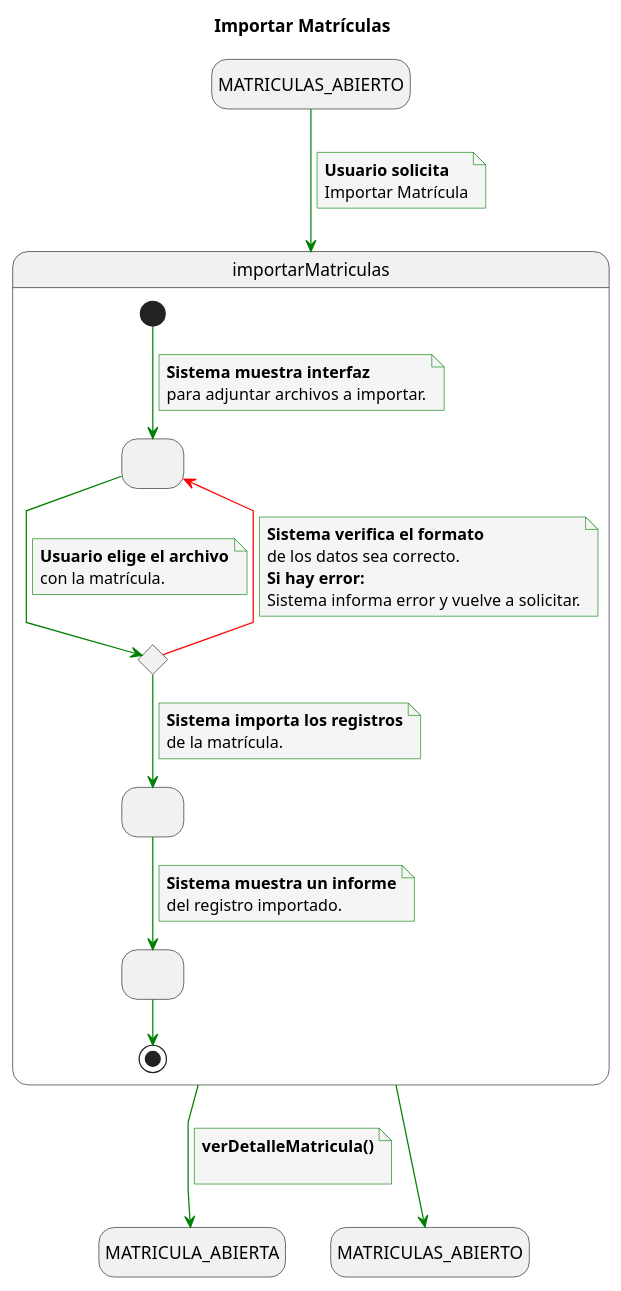
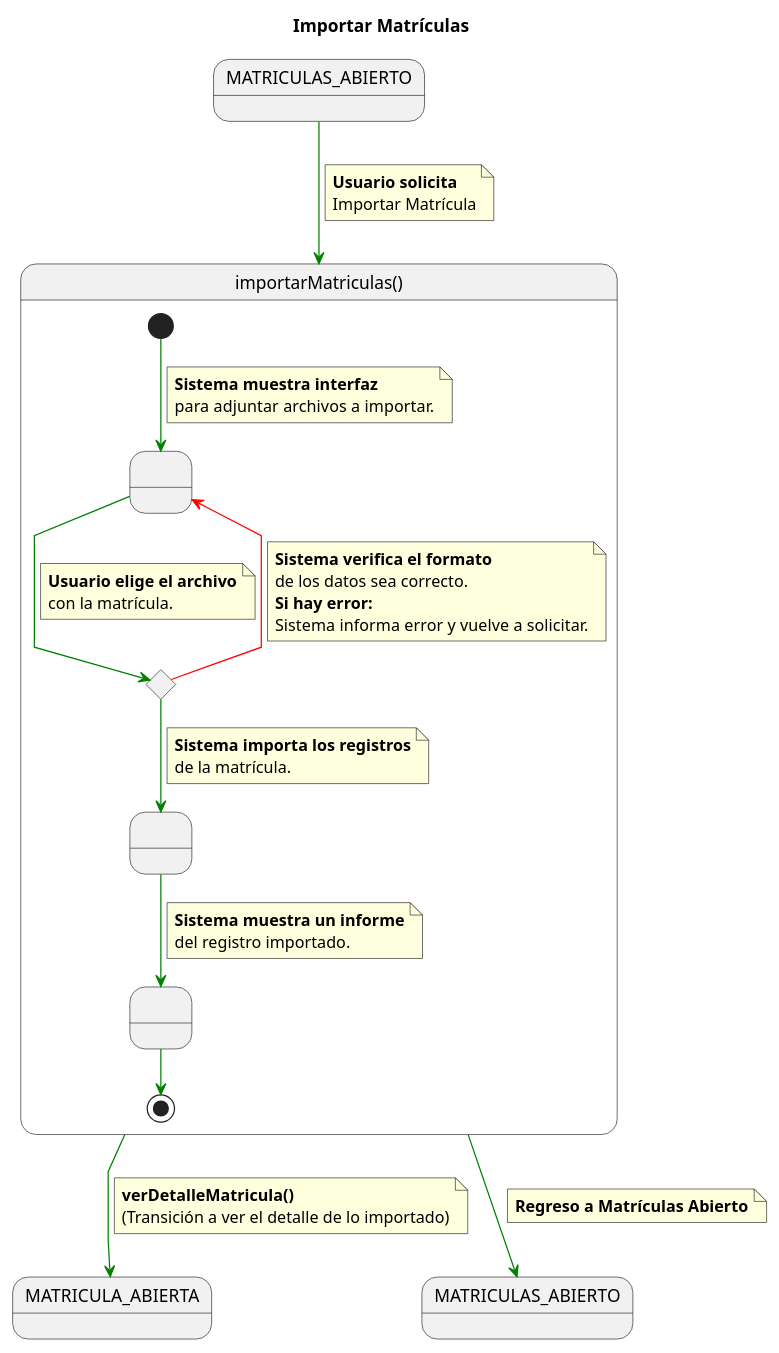
The diagram in documents/CasosDeUso/DetalladoCasosDeUso/Secretaria/importarMatricula.puml (enmabry/25-26-IdSw1-SdR), drawn with PlantUML before and after one commit. The commit also changed 21 other files, not shown here.

```diff
--- a/documents/CasosDeUso/DetalladoCasosDeUso/Secretaria/importarMatricula.puml
+++ b/documents/CasosDeUso/DetalladoCasosDeUso/Secretaria/importarMatricula.puml
@@ -1,81 +1,75 @@
 @startuml
 title Importar Matrículas
 
-
-skinparam {
-    NoteBackgroundColor #whiteSmoke
-    ArrowColor #green
-    NoteBorderColor #green
-    linetype polyline
-}
-
-hide empty description
+skinparam linetype polyline
 
 state startState as "MATRICULAS_ABIERTO"
 state endState1 as "MATRICULA_ABIERTA"
 state endState2 as "MATRICULAS_ABIERTO"
 
-startState --> importarMatriculas
+startState -[#green]-> importarMatriculas
 note on link
     <b>Usuario solicita</b>
     Importar Matrícula
 end note
 
-state importarMatriculas {
+state importarMatriculas as "importarMatriculas()" {
     state SolicitudArchivo as " "
     state ValidarFormato <<choice>>
+    state ImportarRegistros as " "
+    state MostrarInforme as " "
 
     ' 1. Inicio: Solicita el archivo
-    [*] --> SolicitudArchivo
+    [*] -[#green]-> SolicitudArchivo
     note on link
         <b>Sistema muestra interfaz</b>
         para adjuntar archivos a importar.
     end note
 
     ' 2. El usuario elige el archivo
-    SolicitudArchivo --> ValidarFormato
+    SolicitudArchivo -[#green]-> ValidarFormato
     note on link
         <b>Usuario elige el archivo</b>
         con la matrícula.
     end note
 
     ' --- 3. FLUJO ALTERNATIVO (Error de formato - Camino Rojo) ---
     ValidarFormato -[#red]-> SolicitudArchivo
     note on link
         <b>Sistema verifica el formato</b>
         de los datos sea correcto.
         <b>Si hay error:</b>
         Sistema informa error y vuelve a solicitar.
     end note
 
-    ' --- 4. FLUJO BÁSICO (Éxito) ---
-    ValidarFormato --> ImportarRegistros
+    ' --- 4. FLUJO BÁSICO (Éxito - Verde) ---
+    ValidarFormato -[#green]-> ImportarRegistros
     
-    state ImportarRegistros as " "
     note on link
         <b>Sistema importa los registros</b>
         de la matrícula.
     end note
     
-    ImportarRegistros --> MostrarInforme
+    ImportarRegistros -[#green]-> MostrarInforme
     
-    state MostrarInforme as " "
     note on link
         <b>Sistema muestra un informe</b>
         del registro importado.
     end note
     
-    MostrarInforme --> [*]
+    MostrarInforme -[#green]-> [*]
 }
 
 
-importarMatriculas --> endState1
+importarMatriculas -[#green]-> endState1
 note on link
     <b>verDetalleMatricula()</b>
-    
+    (Transición a ver el detalle de lo importado)
 end note
 
-importarMatriculas --> endState2
-
+importarMatriculas -[#green]-> endState2
+note on link
+    <b>Regreso a Matrículas Abierto</b>
+end note
 
 @enduml
```
